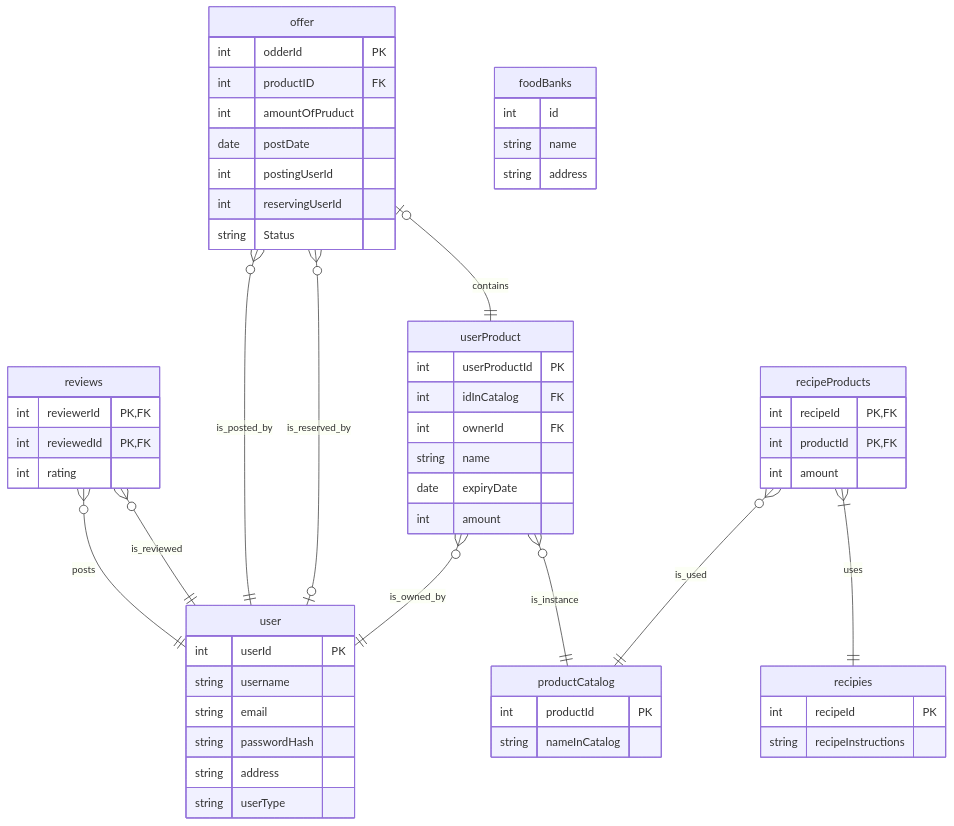
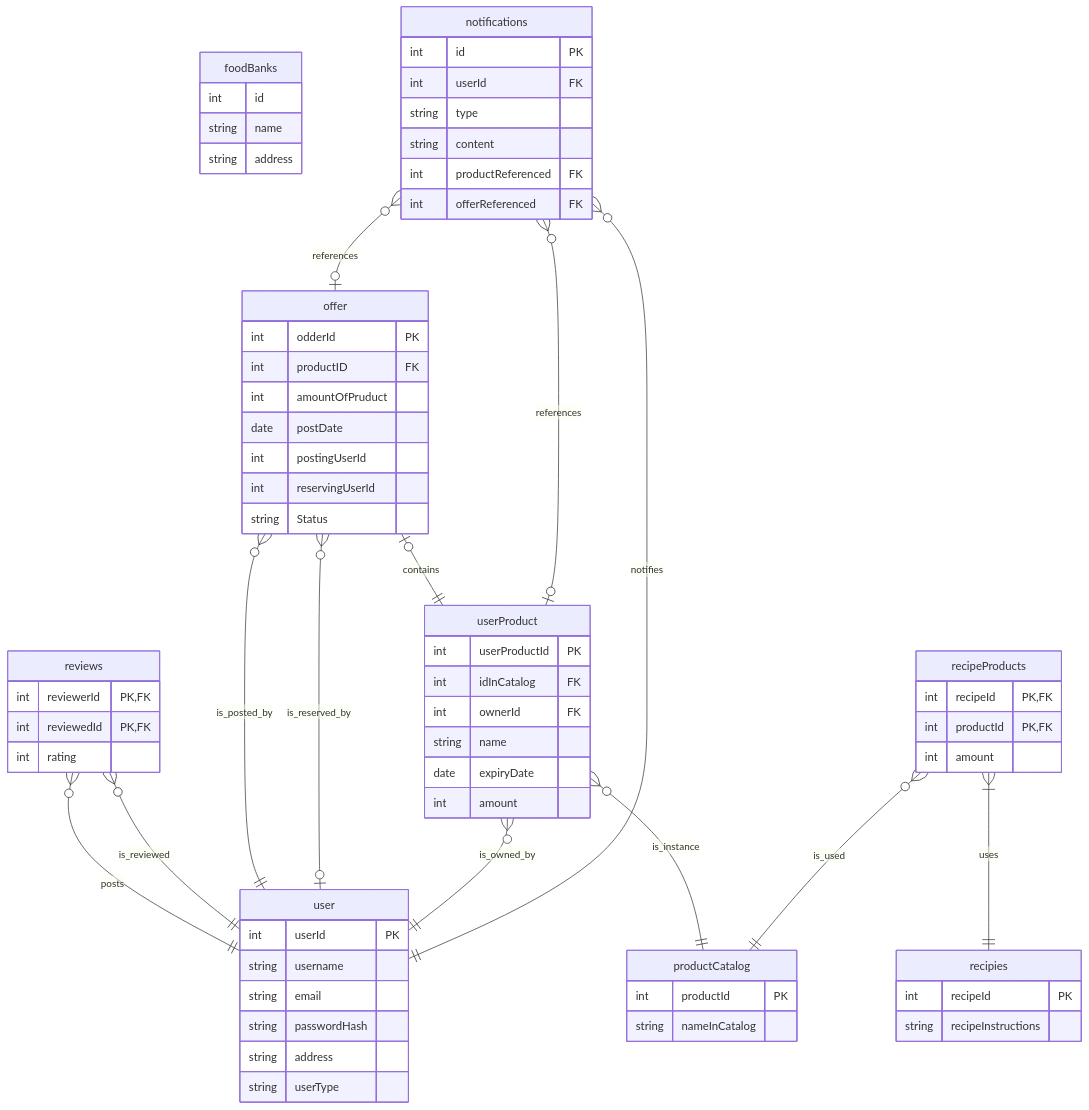
Before and after one commit to SebastianBoteroLeonik/ISI_diagrams: the diagram in erd.mmd, drawn with Mermaid. The commit also changed 2 other files, not shown here.

```diff
--- a/erd.mmd
+++ b/erd.mmd
@@ -1,69 +1,82 @@
 erDiagram
     user {
       int userId PK
       string username
       string email
       string passwordHash
       string address
       string userType
     }
 
     reviews }o--|| user: posts
     reviews }o--|| user: is_reviewed
 
     reviews {
       int reviewerId PK, FK
       int reviewedId PK, FK
       int rating
     }
 
     offer }o--|| user : is_posted_by
     offer }o--o| user : is_reserved_by
 
     offer {
       int odderId PK
       int productID FK
       int amountOfPruduct
       date postDate
       int postingUserId
       int reservingUserId
       string Status
     }
 
     productCatalog {
       int productId PK
       string nameInCatalog
     }
 
     userProduct }o--|| user : is_owned_by
     offer |o--|| userProduct : contains
     userProduct }o--|| productCatalog : is_instance
 
     userProduct {
       int userProductId PK
       int idInCatalog FK
       int ownerId FK
       string name
       date expiryDate
       int amount
     }
 
     recipies {
       int recipeId PK
       string recipeInstructions
     }
 
     recipeProducts }|--|| recipies : uses
     recipeProducts }o--|| productCatalog : is_used
 
     recipeProducts {
       int recipeId PK, FK
       int productId PK, FK
       int amount
     }
 
     foodBanks {
       int id
       string name
       string address
     }
+
+    notifications }o--|| user: notifies
+    notifications }o--o| userProduct: references
+    notifications }o--o| offer: references
+
+    notifications {
+      int id PK
+      int userId FK
+      string type
+      string content
+      int productReferenced FK
+      int offerReferenced FK
+    }
```
